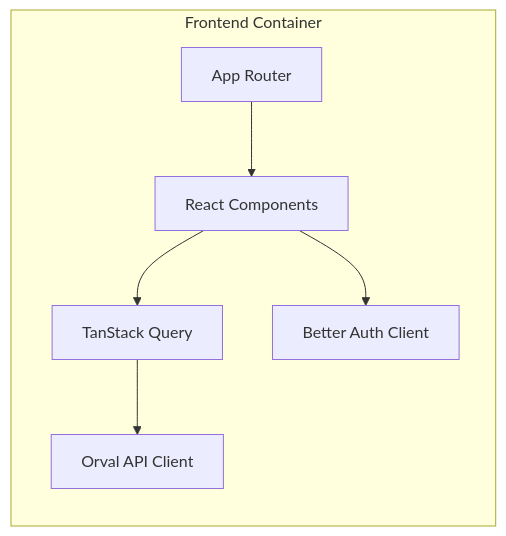
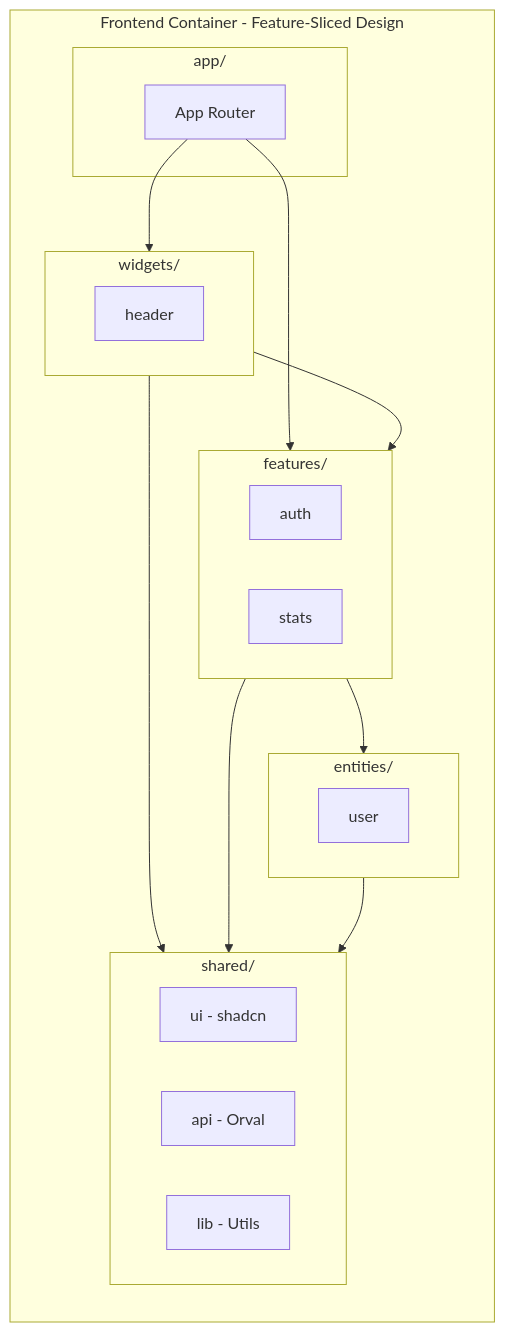
Before and after one commit to atilladeniz/next-go-pg: the second of 6 diagrams in .concepts/architecture/container.md, drawn with Mermaid. The commit also changed other lines of this file and 180 other files, not shown here.

Commit message:
feat: implement Feature-Sliced Design (FSD) architecture for frontend (#1)

````diff
--- a/.concepts/architecture/container.md
+++ b/.concepts/architecture/container.md
@@ -38,16 +38,36 @@
 ```mermaid
 flowchart TB
-    subgraph Frontend["Frontend Container"]
+    subgraph Frontend["Frontend Container - Feature-Sliced Design"]
         direction TB
-        AR[App Router]
-        RC[React Components]
-        TQ[TanStack Query]
-        BA[Better Auth Client]
-        OR[Orval API Client]
+        subgraph App["app/"]
+            AR[App Router]
+        end
 
-        AR --> RC
-        RC --> TQ
-        RC --> BA
-        TQ --> OR
+        subgraph Widgets["widgets/"]
+            Header[header]
+        end
+
+        subgraph Features["features/"]
+            Auth[auth]
+            Stats[stats]
+        end
+
+        subgraph Entities["entities/"]
+            User[user]
+        end
+
+        subgraph Shared["shared/"]
+            UI[ui - shadcn]
+            API[api - Orval]
+            Lib[lib - Utils]
+        end
+
+        AR --> Widgets
+        AR --> Features
+        Widgets --> Features
+        Widgets --> Shared
+        Features --> Entities
+        Features --> Shared
+        Entities --> Shared
     end
 ```
````
